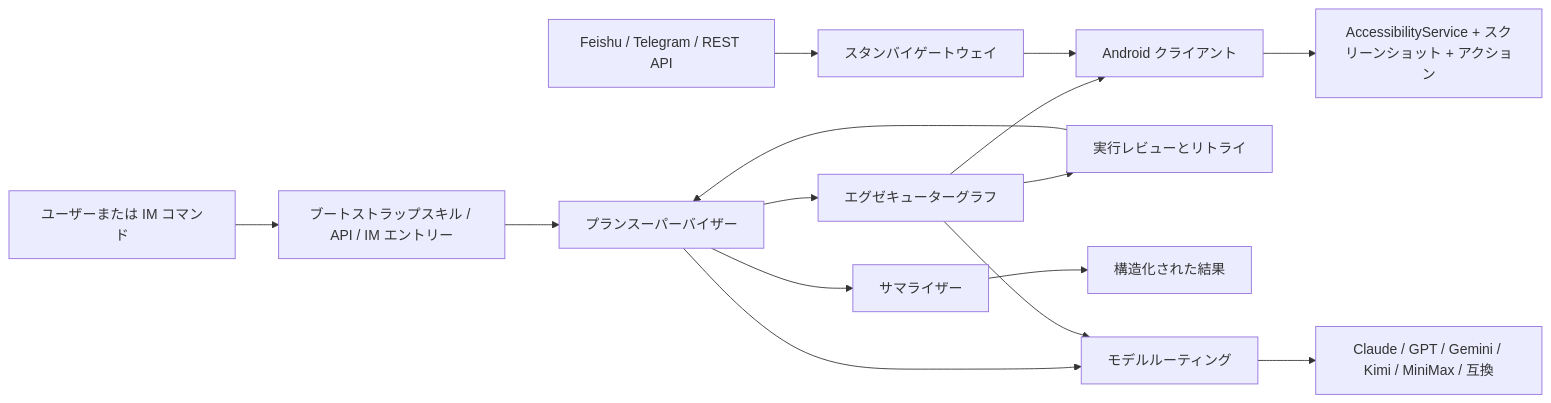
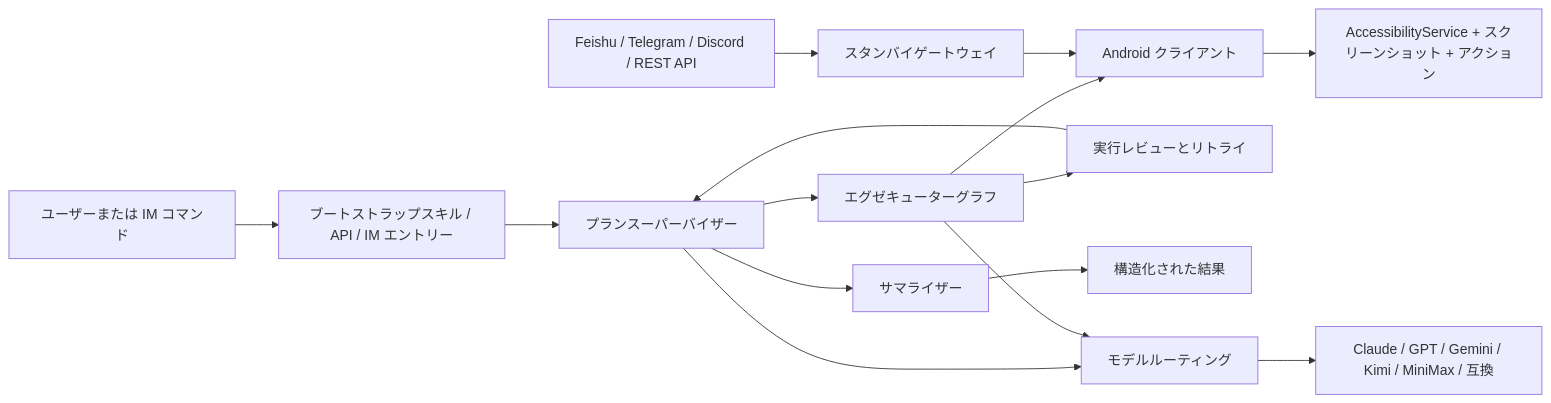
Before and after one commit to Core-Mate/OpenGUI: the diagram in README.ja-JP.md, drawn with Mermaid. The commit also changed other lines of this file and 19 other files, not shown here.

````diff
--- a/README.ja-JP.md
+++ b/README.ja-JP.md
@@ -160,21 +167,21 @@
 ```mermaid
 flowchart LR
     U["ユーザーまたは IM コマンド"] --> BS["ブートストラップスキル / API / IM エントリー"]
     BS --> SP["プランスーパーバイザー"]
 
     SP --> EX["エグゼキューターグラフ"]
     EX --> AC["Android クライアント"]
     AC --> GX["AccessibilityService + スクリーンショット + アクション"]
     EX --> RV["実行レビューとリトライ"]
     RV --> SP
 
     SP --> SM["サマライザー"]
     SM --> SR["構造化された結果"]
 
-    RD["Feishu / Telegram / REST API"] --> ST["スタンバイゲートウェイ"]
+    RD["Feishu / Telegram / Discord / REST API"] --> ST["スタンバイゲートウェイ"]
     ST --> AC
 
     SP --> MR["モデルルーティング"]
     MR --> MA["Claude / GPT / Gemini / Kimi / MiniMax / 互換"]
     EX --> MR
 ```
````
